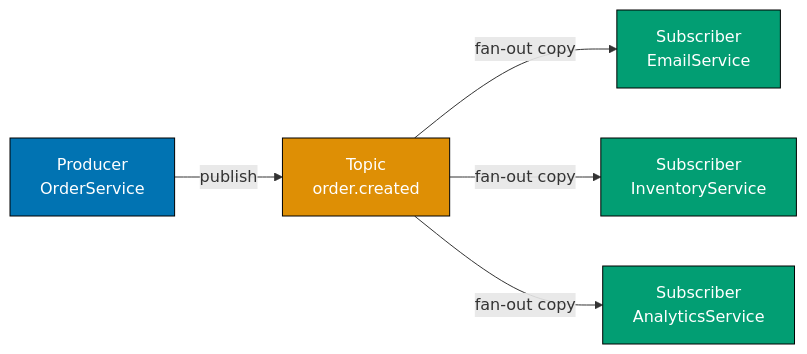
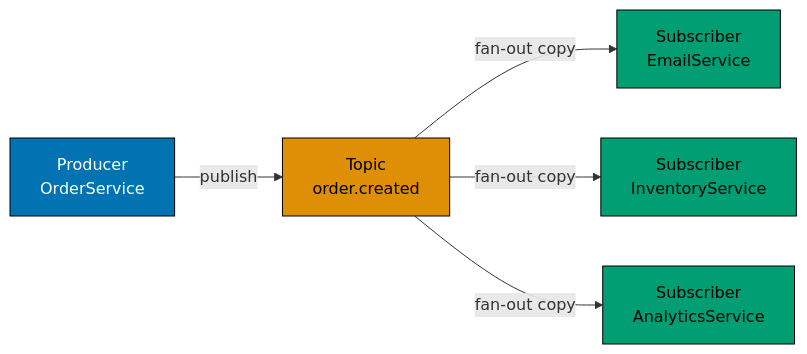
One commit to wahidyankf/ose-public changed the first of 6 diagrams in apps/ayokoding-www/content/en/learn/legacy/software-engineering/system-design/by-example/intermediate.md. Above: the diagram before and after it, drawn with Mermaid. The commit also changed other lines of this file and 78 other files, not shown here.

First line of the commit message:
fix(mermaid): bring the remaining legacy software-engineering diagrams onto the accessible palette

````diff
--- a/apps/ayokoding-www/content/en/learn/legacy/software-engineering/system-design/by-example/intermediate.md
+++ b/apps/ayokoding-www/content/en/learn/legacy/software-engineering/system-design/by-example/intermediate.md
@@ -18,17 +18,20 @@
 ```mermaid
 graph LR
+    accTitle: Example 29: Publish-Subscribe Pattern with Message Queue
+    accDescr: Graph with 5 nodes and 4 connections. Nodes: Producer OrderService, Topic order.created, Subscriber EmailService, Subscriber InventoryService, Subscriber AnalyticsService. Connections: Producer OrderService to Topic order.created (publish), Topic order.created to Subscriber EmailService (fan-out copy), Topic order.created to Subscriber InventoryService (fan-out copy), Topic order.created to Subscriber AnalyticsService (fan-out copy).
     P["Producer<br/>OrderService"]:::blue
     T["Topic<br/>order.created"]:::orange
     S1["Subscriber<br/>EmailService"]:::teal
     S2["Subscriber<br/>InventoryService"]:::teal
     S3["Subscriber<br/>AnalyticsService"]:::teal
 
     P -->|publish| T
     T -->|fan-out copy| S1
     T -->|fan-out copy| S2
     T -->|fan-out copy| S3
 
-    classDef blue fill:#0173B2,stroke:#000,color:#fff
-    classDef orange fill:#DE8F05,stroke:#000,color:#fff
-    classDef teal fill:#029E73,stroke:#000,color:#fff
+    classDef blue fill:#0173B2,stroke:#000000,color:#FFFFFF
+    classDef orange fill:#DE8F05,stroke:#000000,color:#000000
+    classDef teal fill:#029E73,stroke:#000000,color:#000000
+    classDef default fill:#FFFFFF,stroke:#000000,color:#000000
 ```
````
